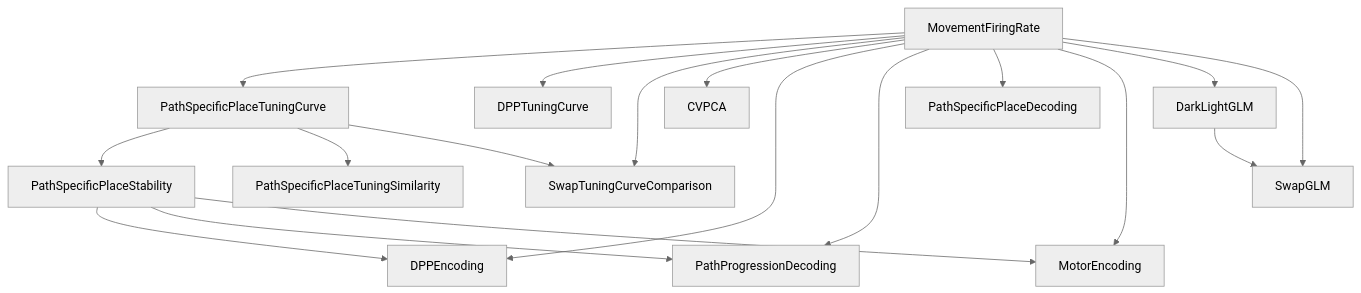
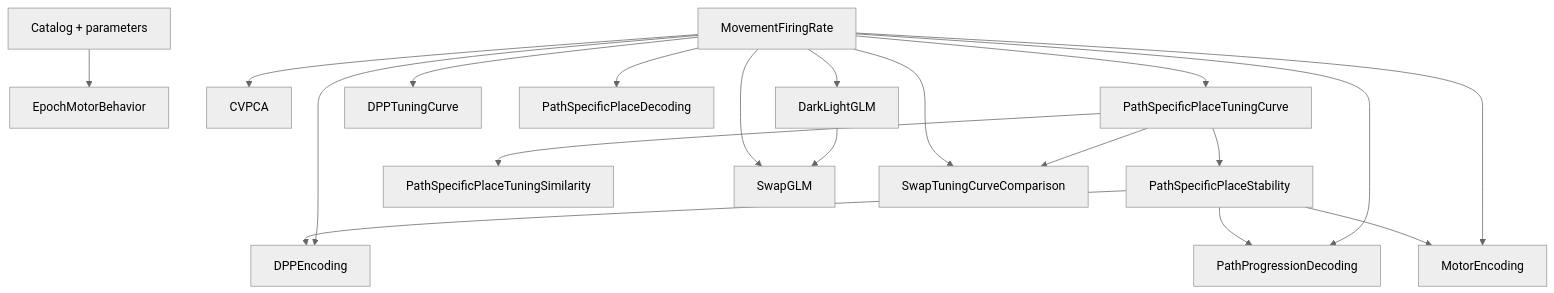
One commit to khl02007/v1ca1 changed the second of 3 diagrams in src/v1ca1/spyglass/README.md. Above: the diagram before and after it, drawn with Mermaid (neutral theme). The commit also changed other lines of this file and 37 other files, not shown here.

````diff
--- a/src/v1ca1/spyglass/README.md
+++ b/src/v1ca1/spyglass/README.md
@@ -343,20 +86,21 @@
 ```mermaid
 flowchart TD
-    MFR[MovementFiringRate] --> TC[PathSpecificPlaceTuningCurve]
+    Catalog[Catalog + parameters] --> EMB[EpochMotorBehavior]
+    MFR[MovementFiringRate] --> CVPCA
+    MFR --> TC[PathSpecificPlaceTuningCurve]
     MFR --> DPP[DPPTuningCurve]
-    TC --> ST[PathSpecificPlaceStability]
-    TC --> SIM[PathSpecificPlaceTuningSimilarity]
-    TC --> STC[SwapTuningCurveComparison]
-    MFR --> STC
-    MFR --> CVPCA
-    MFR --> ENC[DPPEncoding]
-    ST --> ENC
-    MFR --> DEC[PathProgressionDecoding]
-    ST --> DEC
-    MFR --> PSD[PathSpecificPlaceDecoding]
-    MFR --> MOTOR[MotorEncoding]
-    ST --> MOTOR
-    MFR --> DLG[DarkLightGLM]
-    DLG --> SGLM[SwapGLM]
-    MFR --> SGLM
+    TC --> Stability[PathSpecificPlaceStability]
+    TC --> Similarity[PathSpecificPlaceTuningSimilarity]
+    MFR --> Encoding[DPPEncoding]
+    Stability --> Encoding
+    MFR --> Progression[PathProgressionDecoding]
+    Stability --> Progression
+    MFR --> PlaceDecoding[PathSpecificPlaceDecoding]
+    MFR --> Motor[MotorEncoding]
+    Stability --> Motor
+    MFR --> DarkLight[DarkLightGLM]
+    DarkLight --> Swap[SwapGLM]
+    MFR --> Swap
+    TC --> SwapTuning[SwapTuningCurveComparison]
+    MFR --> SwapTuning
 ```
````
